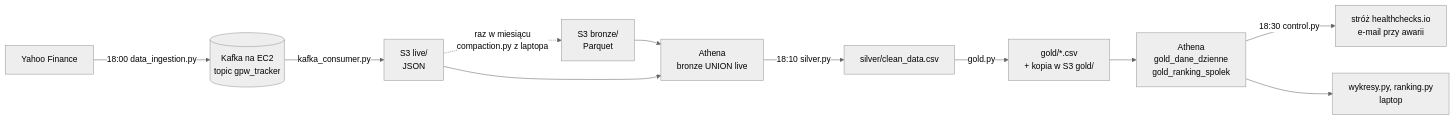
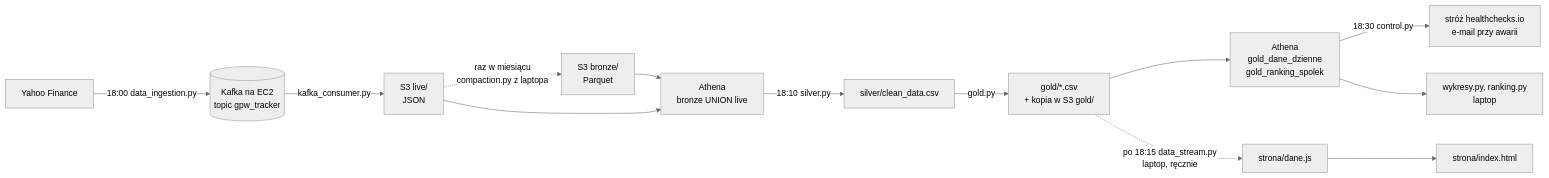
The diagram in README.md (gracjan20022002-prog/GPW---pulse), drawn with Mermaid (neutral theme) before and after one commit. The commit also changed other lines of this file and 9 other files, not shown here.

````diff
--- a/README.md
+++ b/README.md
@@ -30,13 +34,14 @@
 ```mermaid
 flowchart LR
     Y[Yahoo Finance] -->|18:00 data_ingestion.py| K[(Kafka na EC2<br/>topic gpw_tracker)]
     K -->|kafka_consumer.py| L[S3 live/<br/>JSON]
     B[S3 bronze/<br/>Parquet] --> A[Athena<br/>bronze UNION live]
     L --> A
     A -->|18:10 silver.py| S[silver/clean_data.csv]
     S -->|gold.py| G[gold/*.csv<br/>+ kopia w S3 gold/]
     G --> T[Athena<br/>gold_dane_dzienne<br/>gold_ranking_spolek]
     T -->|18:30 control.py| H[stróż healthchecks.io<br/>e-mail przy awarii]
     T --> W[wykresy.py, ranking.py<br/>laptop]
+    G -.->|po 18:15 data_stream.py<br/>laptop, ręcznie| D[strona/dane.js] --> P[strona/index.html]
     L -.->|raz w miesiącu<br/>compaction.py z laptopa| B
 ```
````
